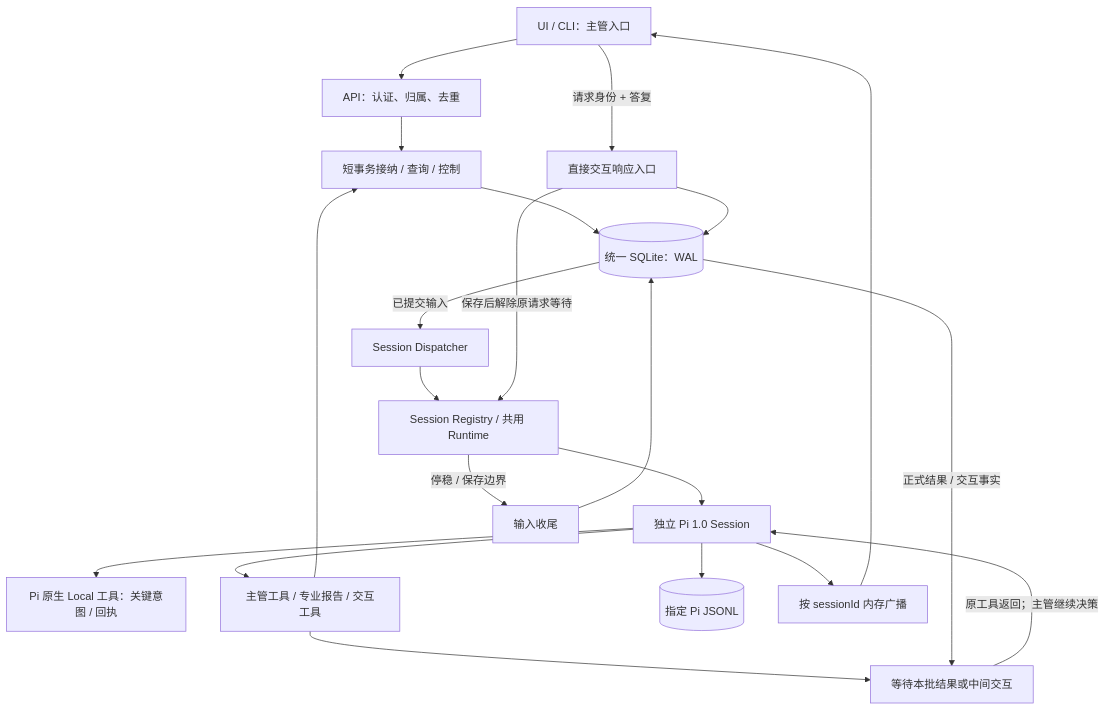
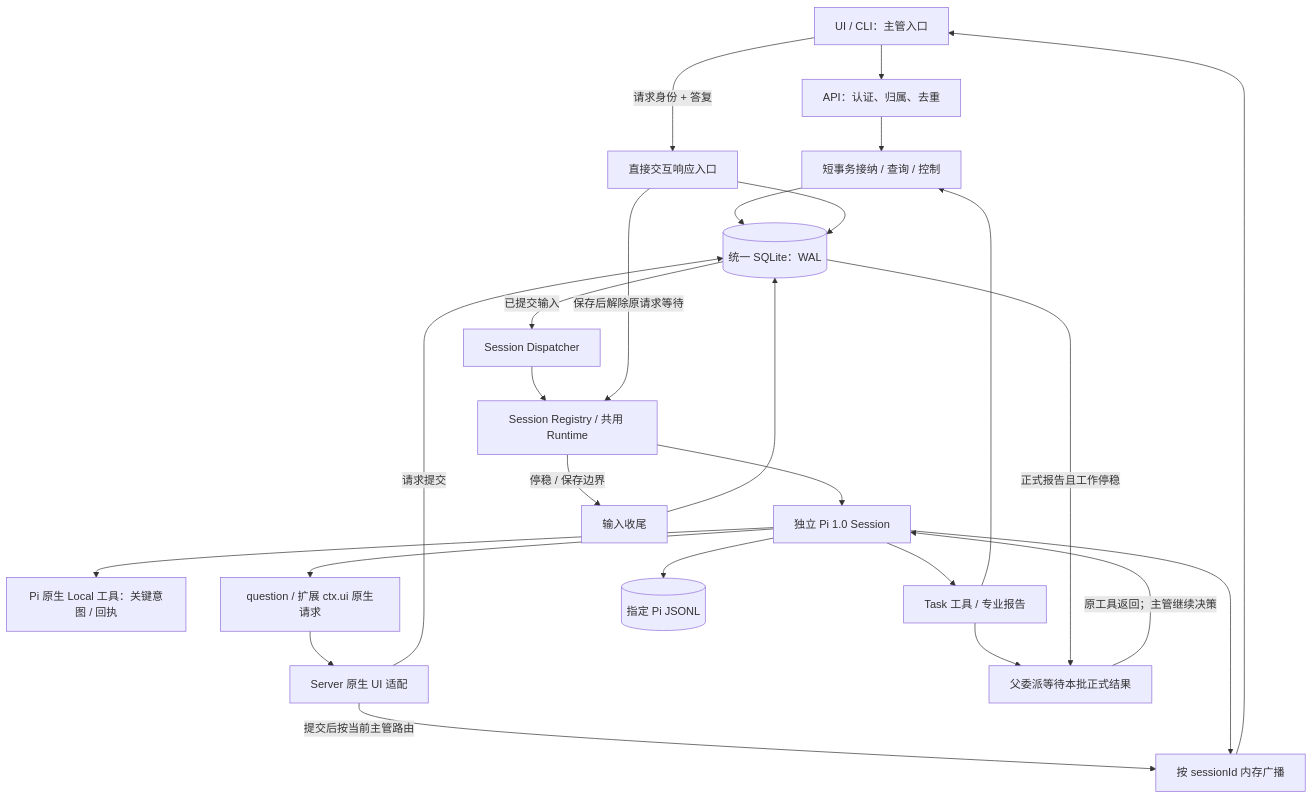
Before and after one commit to mojiaicrypto-ops/Kaiming: the first of 3 diagrams in docs/technicalnew/architecture.md, drawn with Mermaid. The commit also changed other lines of this file and 27 other files, not shown here.

````diff
--- a/docs/technicalnew/architecture.md
+++ b/docs/technicalnew/architecture.md
@@ -9,23 +9,27 @@
 ```mermaid
 flowchart TB
   UI[UI / CLI：主管入口] --> API[API：认证、归属、去重]
   API --> STORE[短事务接纳 / 查询 / 控制]
   STORE --> DB[(统一 SQLite：WAL)]
   DB -->|已提交输入| DISPATCH[Session Dispatcher]
   DISPATCH --> RUNTIME[Session Registry / 共用 Runtime]
   RUNTIME --> PI[独立 Pi 1.0 Session]
   PI --> LOCAL[Pi 原生 Local 工具：关键意图 / 回执]
-  PI --> TOOLS[主管工具 / 专业报告 / 交互工具]
+  PI --> TOOLS[Task 工具 / 专业报告]
+  PI --> NATIVE[question / 扩展 ctx.ui 原生请求]
+  NATIVE --> ADAPTER[Server 原生 UI 适配]
+  ADAPTER -->|请求提交| DB
+  ADAPTER -->|提交后按当前主管路由| HUB
   TOOLS --> STORE
-  TOOLS --> WAIT[等待本批结果或中间交互]
-  DB -->|正式结果 / 交互事实| WAIT
+  TOOLS --> WAIT[父委派等待本批正式结果]
+  DB -->|正式报告且工作停稳| WAIT
   WAIT -->|原工具返回；主管继续决策| PI
   PI --> HISTORY[(指定 Pi JSONL)]
   PI --> HUB[按 sessionId 内存广播]
   HUB --> UI
   UI -->|请求身份 + 答复| RESPONSE[直接交互响应入口]
   RESPONSE --> DB
   RESPONSE -->|保存后解除原请求等待| RUNTIME
   RUNTIME -->|停稳 / 保存边界| FINISH[输入收尾]
   FINISH --> DB
 ```
````
